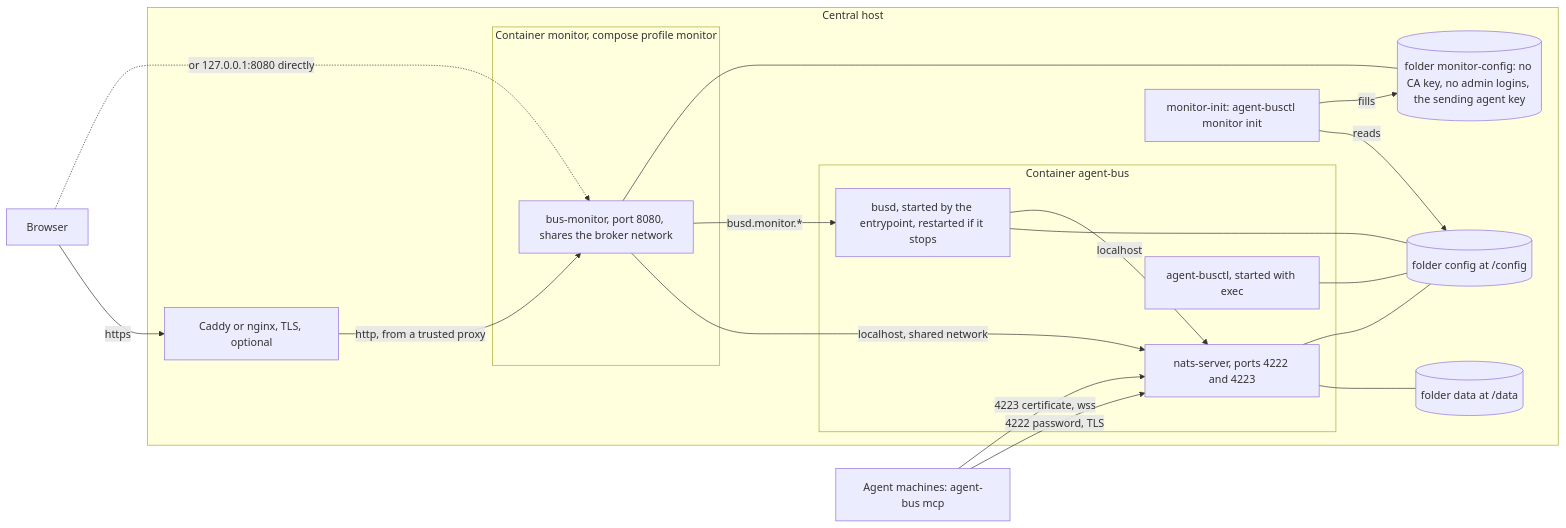
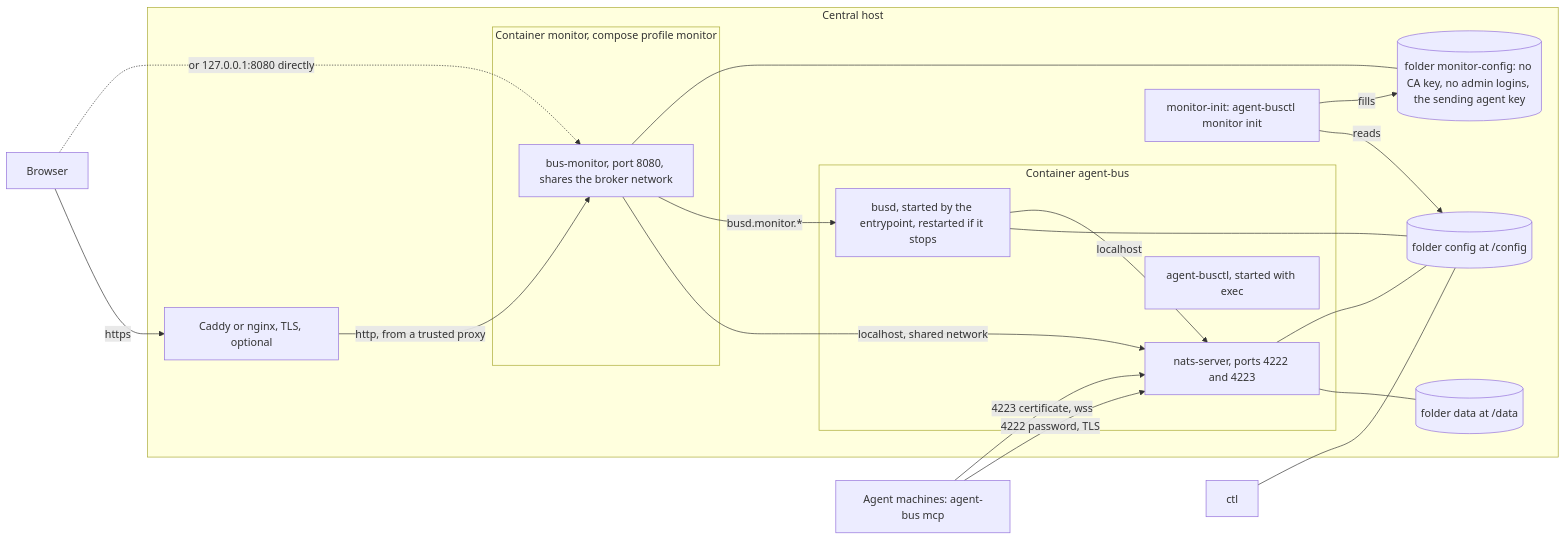
Before and after one commit to gentoomaniac/agent-bus: the first of 2 diagrams in docs/design/operations.md, drawn with Mermaid. The commit also changed 2 other files, not shown here.

Commit message:
docs: the admin CLI is agent-busctl everywhere, decisions history included
Mermaid node ids read ctl instead of the bare name. Decision 40 loses its
open-name remark.

Claude-Session: https://claude.ai/code/session_017TJfhVKx66wQNnmJSAS39y

````diff
--- a/docs/design/operations.md
+++ b/docs/design/operations.md
@@ -23,35 +23,35 @@
 ```mermaid
 flowchart LR
   subgraph host["Central host"]
     subgraph broker["Container agent-bus"]
       nats["nats-server, ports 4222 and 4223"]
       busd["busd, started by the entrypoint, restarted if it stops"]
       busctl["agent-busctl, started with exec"]
     end
     subgraph monitorc["Container monitor, compose profile monitor"]
       monitor["bus-monitor, port 8080, shares the broker network"]
     end
     initc["monitor-init: agent-busctl monitor init"]
     proxy["Caddy or nginx, TLS, optional"]
     config[("folder config at /config")]
     monitorconfig[("folder monitor-config: no CA key, no admin logins, the sending agent key")]
     data[("folder data at /data")]
   end
   agents["Agent machines: agent-bus mcp"]
   browser["Browser"]
   agents -->|"4222 password, TLS"| nats
   agents -->|"4223 certificate, wss"| nats
   browser -->|"https"| proxy
   proxy -->|"http, from a trusted proxy"| monitor
   browser -.->|"or 127.0.0.1:8080 directly"| monitor
   monitor -->|"localhost, shared network"| nats
   nats --- data
   nats --- config
   busd --- config
   busd -->|"localhost"| nats
   monitor -->|"busd.monitor.*"| busd
   initc -->|"reads"| config
   initc -->|"fills"| monitorconfig
   monitor --- monitorconfig
-  busctl --- config
+  ctl --- config
 ```
````
